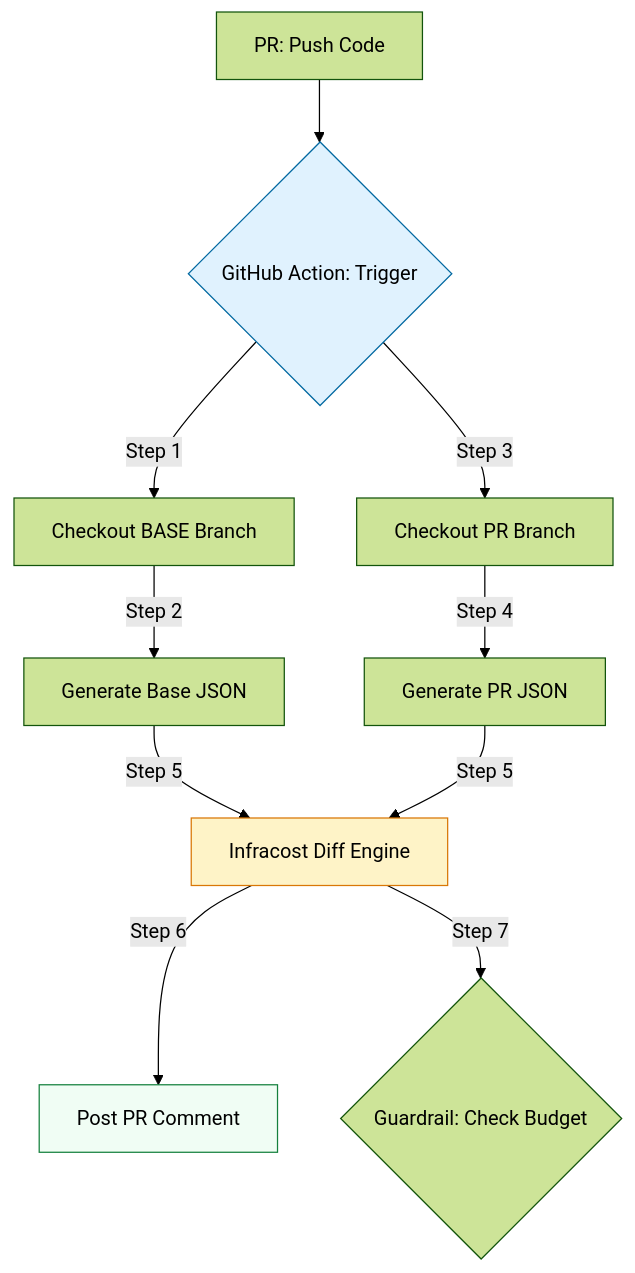
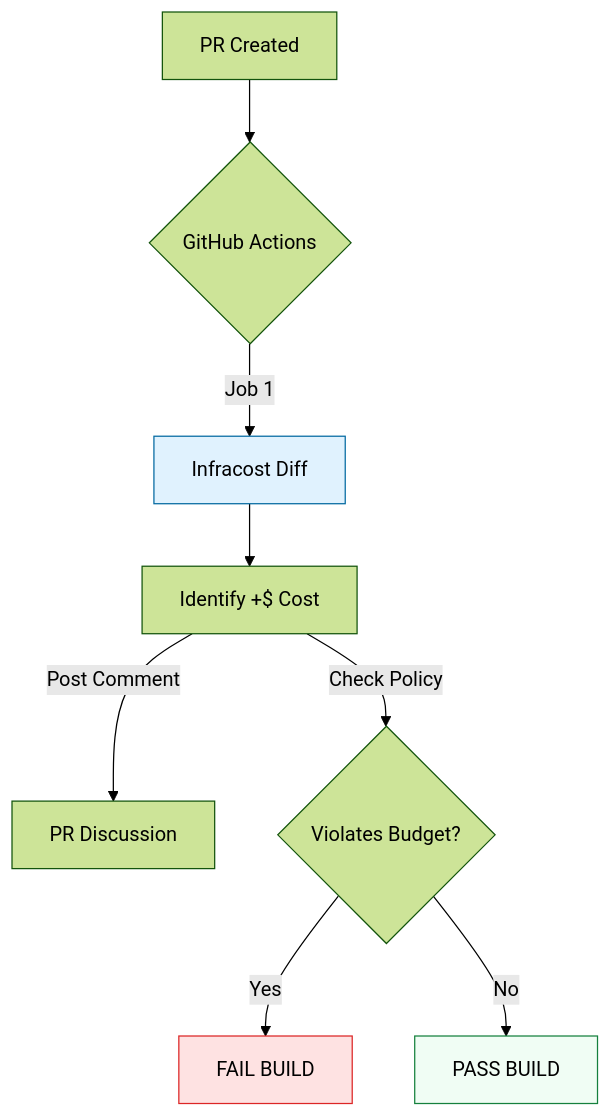
One commit to Ganil151/Devops changed the diagram in 2-Intermediate/02-Phase-2/01-Infrastructure-Automation/01-Scripting-Automation/03-Cost-Estimation-and-FinOps/02-GitHub-Actions-Integration/README.md. Above: the diagram before and after it, drawn with Mermaid (forest theme). The commit also changed other lines of this file and 1176 other files, not shown here.

````diff
--- a/2-Intermediate/02-Phase-2/01-Infrastructure-Automation/01-Scripting-Automation/03-Cost-Estimation-and-FinOps/02-GitHub-Actions-Integration/README.md
+++ b/2-Intermediate/02-Phase-2/01-Infrastructure-Automation/01-Scripting-Automation/03-Cost-Estimation-and-FinOps/02-GitHub-Actions-Integration/README.md
@@ -13,15 +30,14 @@
 ```mermaid
 graph TD
-    A[PR: Push Code] --> B{GitHub Action: Trigger}
-    B -- Step 1 --> C[Checkout BASE Branch]
-    C -- Step 2 --> D[Generate Base JSON]
-    B -- Step 3 --> E[Checkout PR Branch]
-    E -- Step 4 --> F[Generate PR JSON]
-    D & F -- Step 5 --> G[Infracost Diff Engine]
-    G -- Step 6 --> H[Post PR Comment]
-    G -- Step 7 --> I{Guardrail: Check Budget}
+    A[PR Created] --> B{GitHub Actions}
+    B -- Job 1 --> C[Infracost Diff]
+    C --> D[Identify +$ Cost]
+    D -- Post Comment --> E[PR Discussion]
+    D -- Check Policy --> F{Violates Budget?}
+    F -- Yes --> G[FAIL BUILD]
+    F -- No --> H[PASS BUILD]
     
-    style B fill:#e0f2fe,stroke:#0369a1
-    style G fill:#fef3c7,stroke:#d97706
+    style C fill:#e0f2fe,stroke:#0369a1
+    style G fill:#fee2e2,stroke:#dc2626
     style H fill:#f0fdf4,stroke:#15803d
 ```
````
